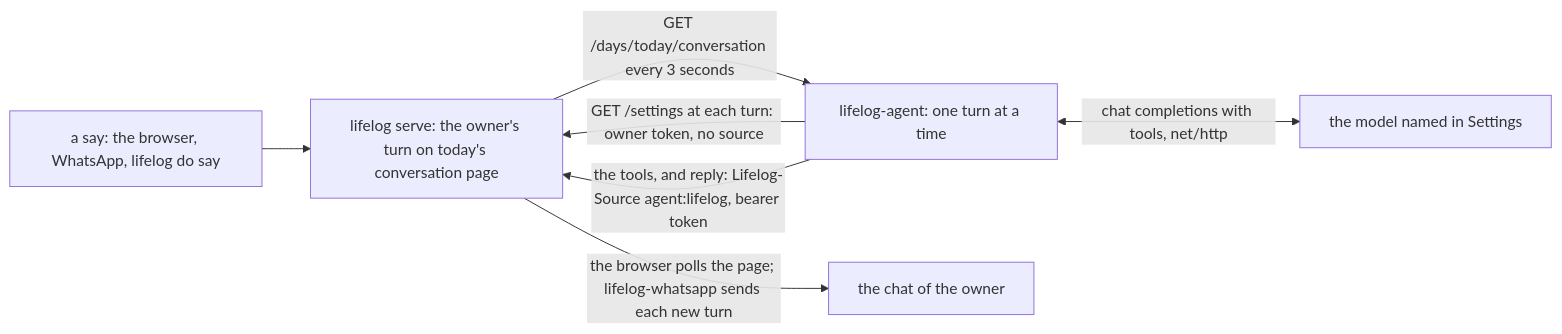
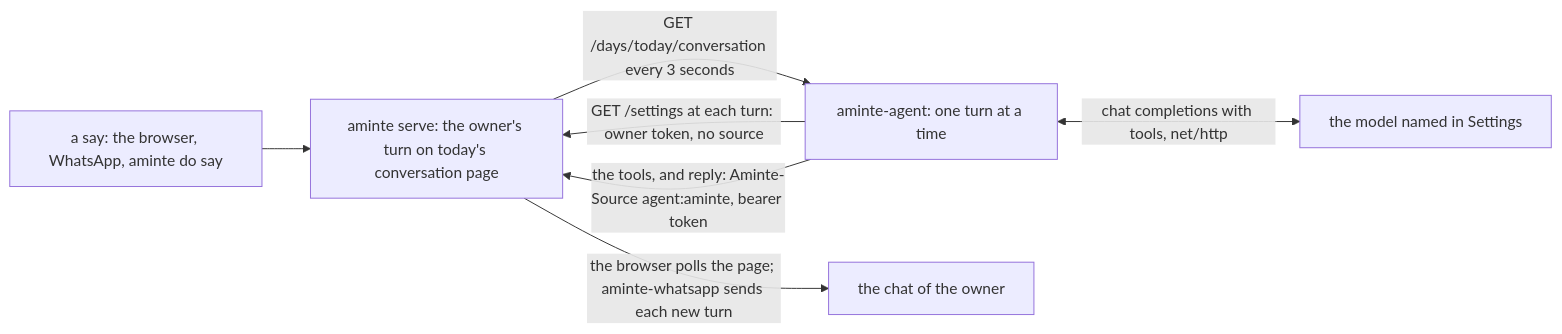
The diagram in extensions/agent/README.md (alexradunet/aminte), drawn with Mermaid before and after one commit. The commit also changed other lines of this file and 554 other files, not shown here.

First line of the commit message:
rename the project from lifelog to aminte

````diff
--- a/extensions/agent/README.md
+++ b/extensions/agent/README.md
@@ -13,9 +13,9 @@
 ```mermaid
 flowchart LR
-  S["a say: the browser, WhatsApp, lifelog do say"] --> L["lifelog serve: the owner's turn on today's conversation page"]
-  L -->|"GET /days/today/conversation every 3 seconds"| A["lifelog-agent: one turn at a time"]
+  S["a say: the browser, WhatsApp, aminte do say"] --> L["aminte serve: the owner's turn on today's conversation page"]
+  L -->|"GET /days/today/conversation every 3 seconds"| A["aminte-agent: one turn at a time"]
   A -->|"GET /settings at each turn: owner token, no source"| L
   A <-->|"chat completions with tools, net/http"| M["the model named in Settings"]
-  A -->|"the tools, and reply: Lifelog-Source agent:lifelog, bearer token"| L
-  L -->|"the browser polls the page; lifelog-whatsapp sends each new turn"| C["the chat of the owner"]
+  A -->|"the tools, and reply: Aminte-Source agent:aminte, bearer token"| L
+  L -->|"the browser polls the page; aminte-whatsapp sends each new turn"| C["the chat of the owner"]
 ```
````
